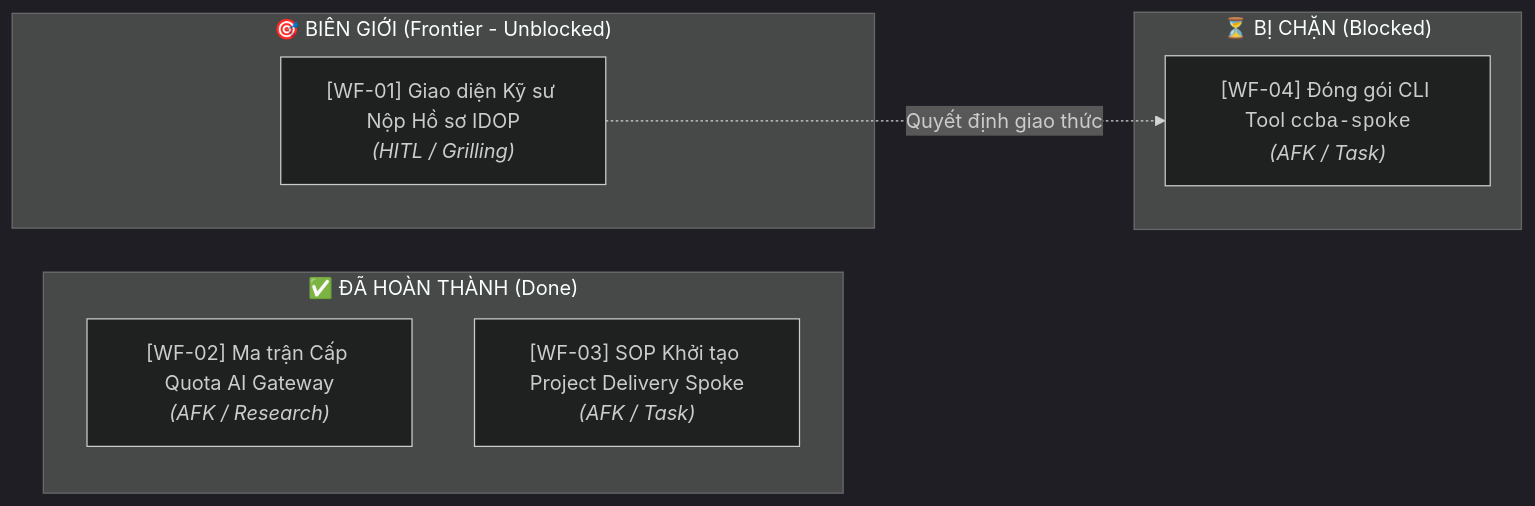
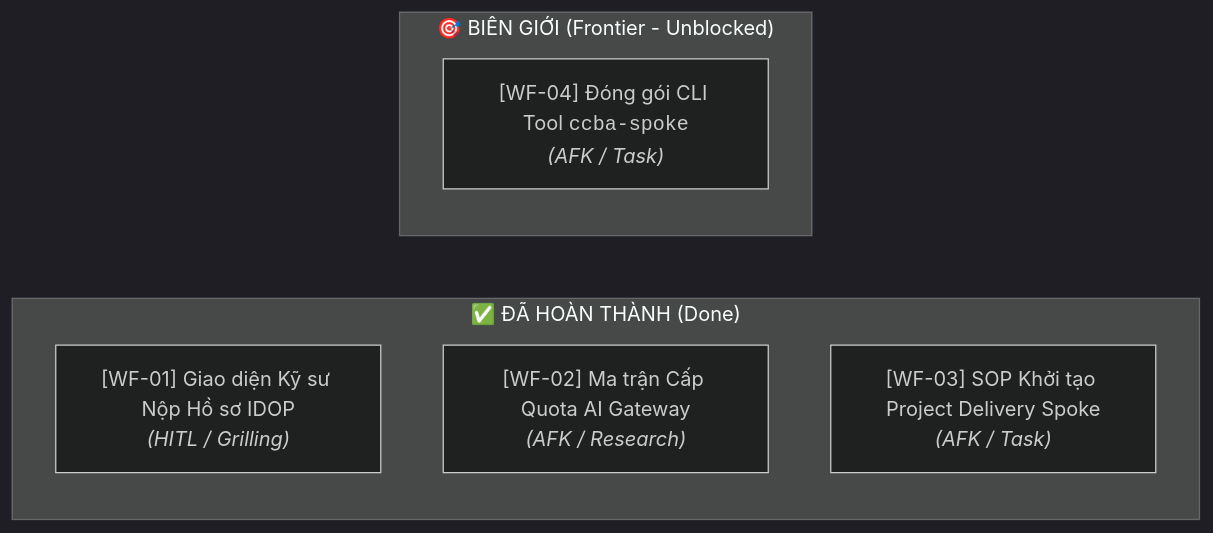
Before and after one commit to vvChu/ccba-agent-platform: the second of 2 diagrams in .md/wayfinder/idop_spoke_ecosystem_map.md, drawn with Mermaid (dark theme). The commit also changed other lines of this file and 1 other file, not shown here.

Commit message:
feat(wayfinder): complete Ticket WF-01 via HITL grilling and unblock WF-04

````diff
--- a/.md/wayfinder/idop_spoke_ecosystem_map.md
+++ b/.md/wayfinder/idop_spoke_ecosystem_map.md
@@ -101,17 +106,12 @@
 ```mermaid
 graph LR
     subgraph Done ["✅ ĐÃ HOÀN THÀNH (Done)"]
+        T01["[WF-01] Giao diện Kỹ sư Nộp Hồ sơ IDOP<br/><i>(HITL / Grilling)</i>"]
         T02["[WF-02] Ma trận Cấp Quota AI Gateway<br/><i>(AFK / Research)</i>"]
         T03["[WF-03] SOP Khởi tạo Project Delivery Spoke<br/><i>(AFK / Task)</i>"]
     end
 
     subgraph Frontier ["🎯 BIÊN GIỚI (Frontier - Unblocked)"]
-        T01["[WF-01] Giao diện Kỹ sư Nộp Hồ sơ IDOP<br/><i>(HITL / Grilling)</i>"]
-    end
-    
-    subgraph Blocked ["⏳ BỊ CHẶN (Blocked)"]
         T04["[WF-04] Đóng gói CLI Tool <code>ccba-spoke</code><br/><i>(AFK / Task)</i>"]
     end
-
-    T01 -.->|"Quyết định giao thức"| T04
 ```
````
